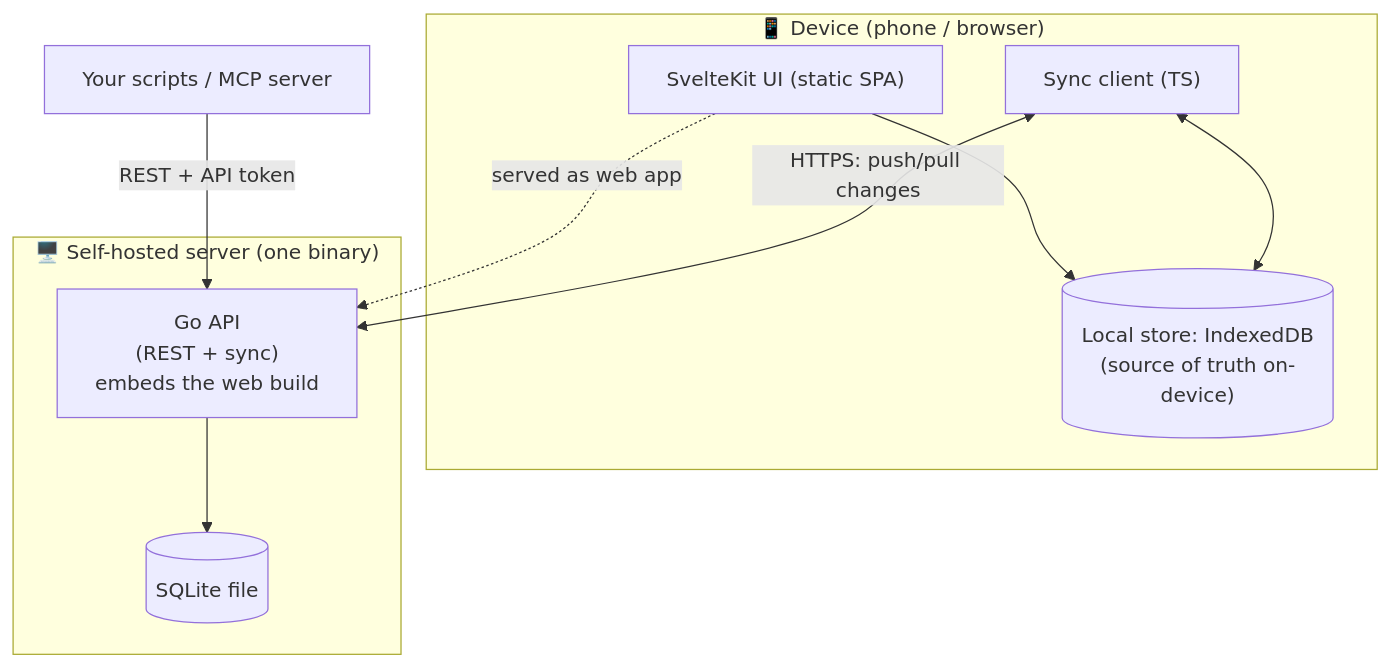
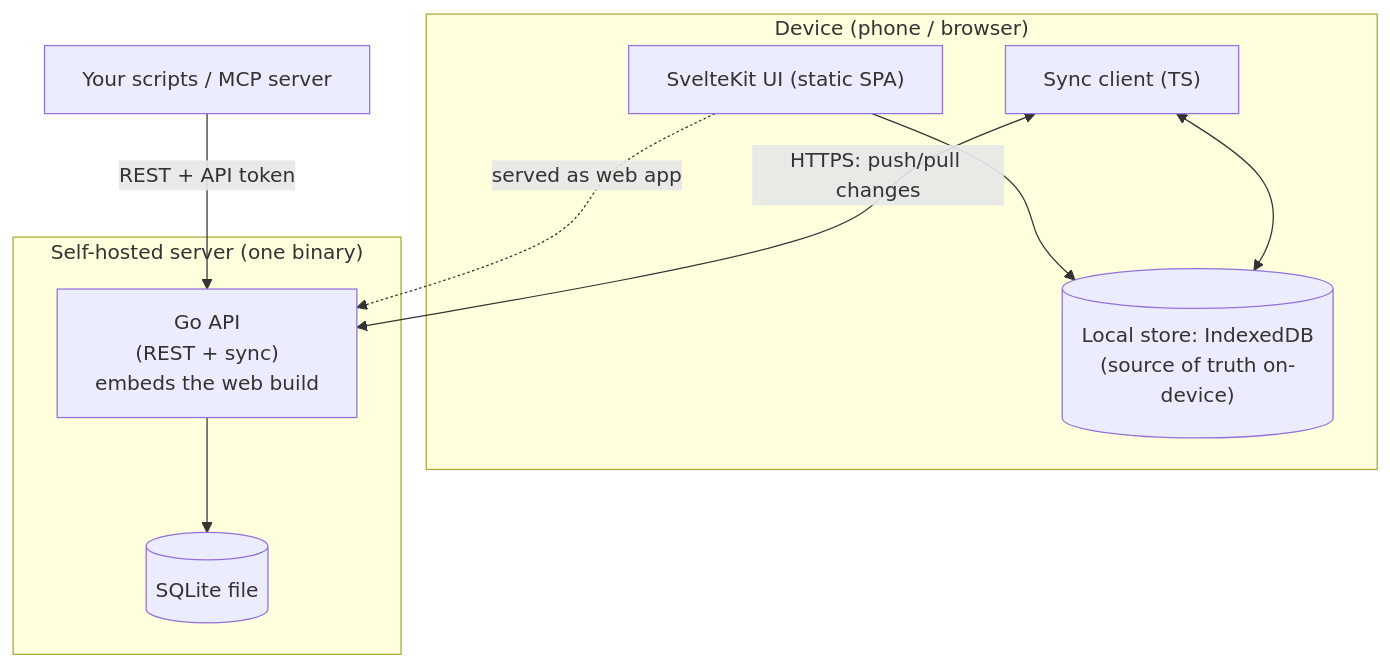
The diagram in docs/technical/architecture.md (MorrisMorrison/granite), drawn with Mermaid before and after one commit. The commit also changed 2 other files, not shown here.

Commit message:
docs: remove emojis from the docs (#264)

````diff
--- a/docs/technical/architecture.md
+++ b/docs/technical/architecture.md
@@ -5,20 +5,20 @@
 ```mermaid
 graph TB
-    subgraph Device["📱 Device (phone / browser)"]
+    subgraph Device["Device (phone / browser)"]
         UI["SvelteKit UI (static SPA)"]
         LDB[("Local store: IndexedDB\n(source of truth on-device)")]
         SYNC["Sync client (TS)"]
         UI --> LDB
         SYNC <--> LDB
     end
 
-    subgraph Server["🖥️ Self-hosted server (one binary)"]
+    subgraph Server["Self-hosted server (one binary)"]
         API["Go API\n(REST + sync)\nembeds the web build"]
         SDB[("SQLite file")]
         API --> SDB
     end
 
     UI -. "served as web app" .-> API
     SYNC <-->|"HTTPS: push/pull changes"| API
     EXT["Your scripts / MCP server"] -->|"REST + API token"| API
 ```
````
